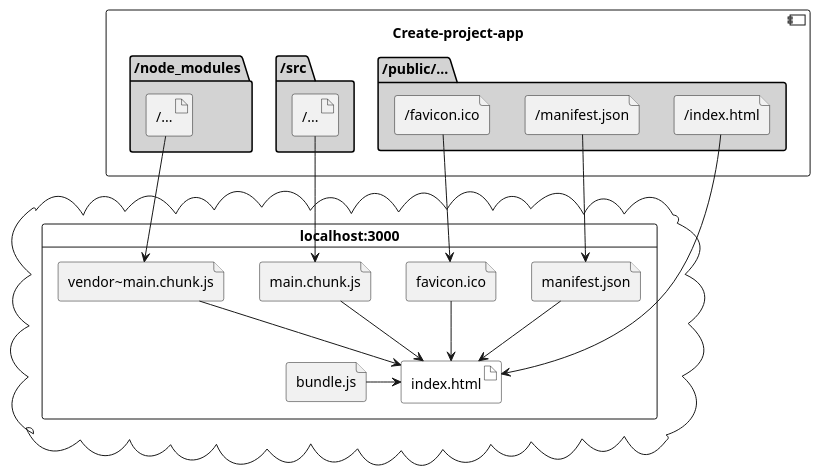
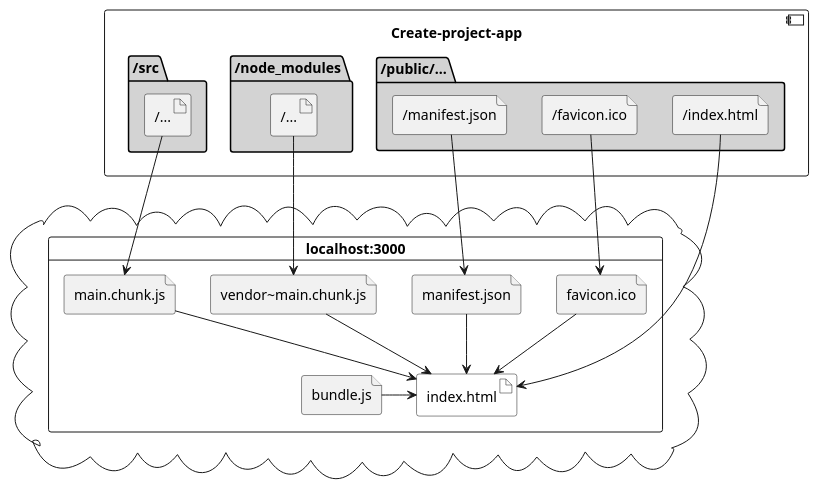
One commit to Maxxxnech/l1_t1-js-stackblitz changed the diagram in README.md. Above: the diagram before and after it, drawn with PlantUML.

Commit message:
Readme_update-2

````diff
--- a/README.md
+++ b/README.md
@@ -6,50 +6,50 @@
 ```plantuml
 @startuml
 
 skinparam  folder {
   BackgroundColor lightgray
 }
 
 top to bottom direction
 component "Create-project-app" {
 
   folder "/src" {
     artifact "/..." as src
   }
 
   folder "/node_modules" {
     artifact "/..." as nodeModules
   }
 
   folder "/public/..." {
     file "/manifest.json" as manifestLocal
     file "/favicon.ico" as faviconLocal
     file "/index.html" as indexLocal
   }
 }
 
 cloud {
   card "localhost:3000" {
   file "main.chunk.js" as mainChunk
   file "vendor~main.chunk.js" as vendorMainChunk
   file "manifest.json" as manifest
   file "favicon.ico" as favicon
   artifact "index.html" as index #white
   file "bundle.js" as bundle
   }
 }
 
-src --> mainChunk
+src ---> mainChunk
 nodeModules --> vendorMainChunk
 manifestLocal --> manifest
 faviconLocal --> favicon
-indexLocal --> index
+indexLocal ---> index
 
 bundle -right-> index
 mainChunk -down-> index
 vendorMainChunk -down-> index
 manifest -down-> index
 favicon -down-> index
 @enduml
 
 ```
````
